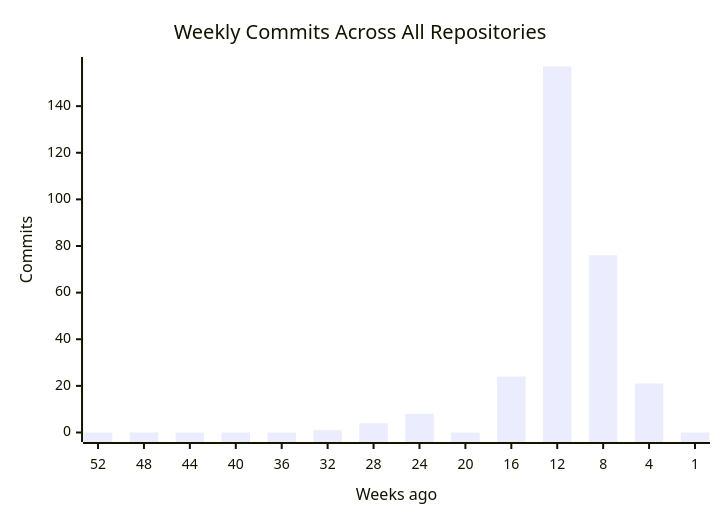
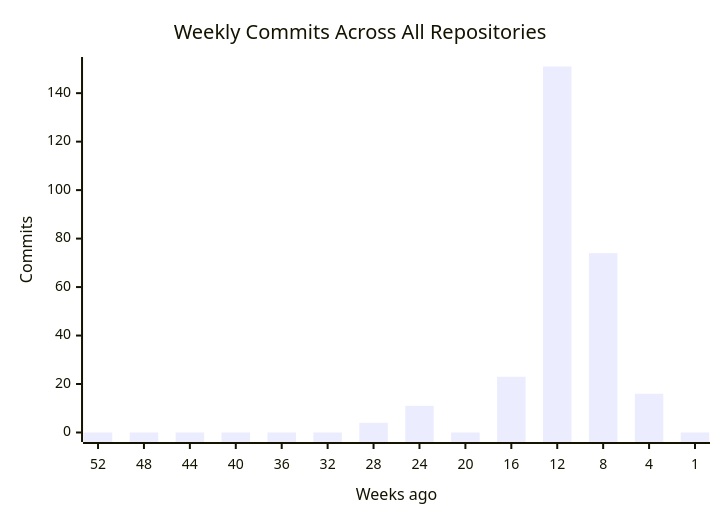
The first of 4 diagrams in profile/README.md (CSTH-Projects/.github), drawn with Mermaid before and after one commit. The commit also changed other lines of this file, not shown here.

````diff
--- a/profile/README.md
+++ b/profile/README.md
@@ -16,7 +16,7 @@
 ```mermaid
 xychart-beta
     title "Weekly Commits Across All Repositories"
     x-axis "Weeks ago" [52, 48, 44, 40, 36, 32, 28, 24, 20, 16, 12, 8, 4, 1]
     y-axis "Commits"
-    bar [0, 0, 0, 0, 0, 1, 4, 8, 0, 24, 157, 76, 21, 0]
+    bar [0, 0, 0, 0, 0, 0, 4, 11, 0, 23, 151, 74, 16, 0]
 ```
````
